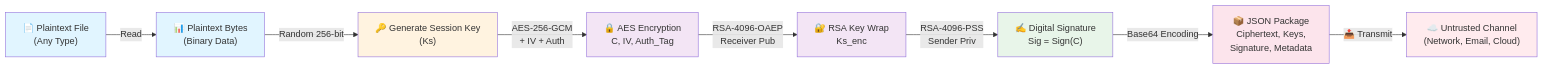
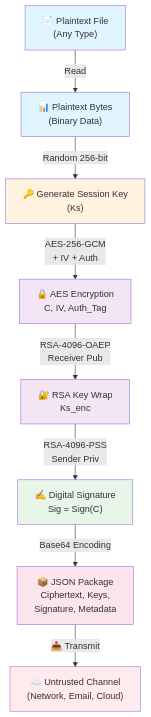
The first of 4 diagrams in docs/ARCHITECTURE.md (Layba-khan01/Hybrid-Cryptography-System), drawn with Mermaid before and after one commit. The commit also changed other lines of this file and 2 other files, not shown here.

Commit message:
markdown finalization of hybrid cryptography system documentation

````diff
--- a/docs/ARCHITECTURE.md
+++ b/docs/ARCHITECTURE.md
@@ -39,20 +39,20 @@
 ```mermaid
 %%{init: {'themeVariables': { 'primaryTextColor': '#000000', 'secondaryTextColor': '#000000' }}}%%
-graph LR
+graph TD
     A["📄 Plaintext File<br/>(Any Type)"] -->|Read| B["📊 Plaintext Bytes<br/>(Binary Data)"]
     B -->|Random 256-bit| C["🔑 Generate Session Key<br/>(Ks)"]
     C -->|AES-256-GCM<br/>+ IV + Auth| D["🔒 AES Encryption<br/>C, IV, Auth_Tag"]
     D -->|RSA-4096-OAEP<br/>Receiver Pub| E["🔐 RSA Key Wrap<br/>Ks_enc"]
     E -->|RSA-4096-PSS<br/>Sender Priv| F["✍️ Digital Signature<br/>Sig = Sign(C)"]
     F -->|Base64 Encoding| G["📦 JSON Package<br/>Ciphertext, Keys,<br/>Signature, Metadata"]
     G -->|📤 Transmit| H["☁️ Untrusted Channel<br/>(Network, Email, Cloud)"]
     
     style A fill:#e1f5ff
     style B fill:#e1f5ff
     style C fill:#fff3e0
     style D fill:#f3e5f5
     style E fill:#f3e5f5
     style F fill:#e8f5e9
     style G fill:#fce4ec
     style H fill:#ffebee
 ```
````
